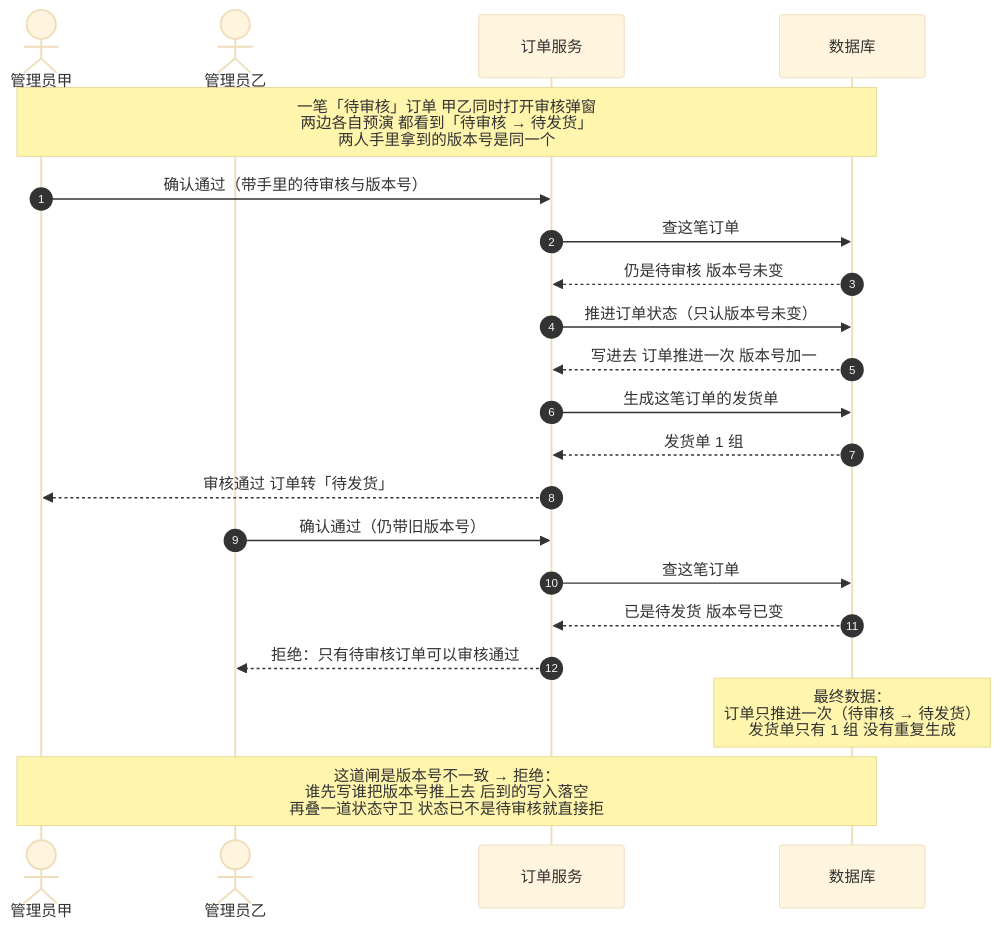
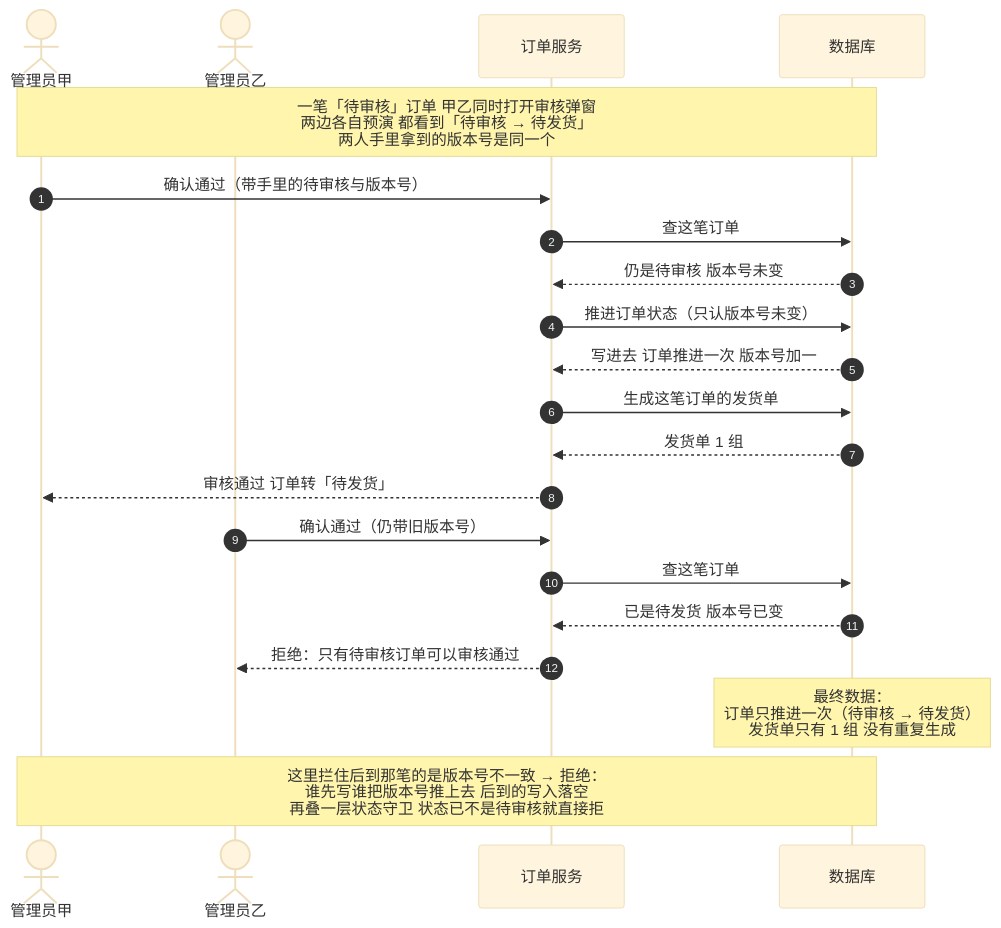
The diagram in docs/flows/02-业务场景/并发与竞态/状态竞态/订单审核并发/1-审核并发图.mmd (zzy-repo/qiqi-mall), drawn with Mermaid (base theme) before and after one commit. The commit also changed 231 other files, not shown here.

```diff
--- a/docs/flows/02-业务场景/并发与竞态/状态竞态/订单审核并发/1-审核并发图.mmd
+++ b/docs/flows/02-业务场景/并发与竞态/状态竞态/订单审核并发/1-审核并发图.mmd
@@ -1,25 +1,25 @@
 sequenceDiagram
     autonumber
     actor 甲 as 管理员甲
     actor 乙 as 管理员乙
     participant 订单 as 订单服务
     participant 库 as 数据库
 
     Note over 甲,库: 一笔「待审核」订单 甲乙同时打开审核弹窗<br/>两边各自预演 都看到「待审核 → 待发货」<br/>两人手里拿到的版本号是同一个
 
     甲->>订单: 确认通过（带手里的待审核与版本号）
     订单->>库: 查这笔订单
     库-->>订单: 仍是待审核 版本号未变
     订单->>库: 推进订单状态（只认版本号未变）
     库-->>订单: 写进去 订单推进一次 版本号加一
     订单->>库: 生成这笔订单的发货单
     库-->>订单: 发货单 1 组
     订单-->>甲: 审核通过 订单转「待发货」
 
     乙->>订单: 确认通过（仍带旧版本号）
     订单->>库: 查这笔订单
     库-->>订单: 已是待发货 版本号已变
     订单-->>乙: 拒绝：只有待审核订单可以审核通过
 
     Note over 库: 最终数据：<br/>订单只推进一次（待审核 → 待发货）<br/>发货单只有 1 组 没有重复生成
-    Note over 甲,库: 这道闸是版本号不一致 → 拒绝：<br/>谁先写谁把版本号推上去 后到的写入落空<br/>再叠一道状态守卫 状态已不是待审核就直接拒
+    Note over 甲,库: 这里拦住后到那笔的是版本号不一致 → 拒绝：<br/>谁先写谁把版本号推上去 后到的写入落空<br/>再叠一层状态守卫 状态已不是待审核就直接拒
```
